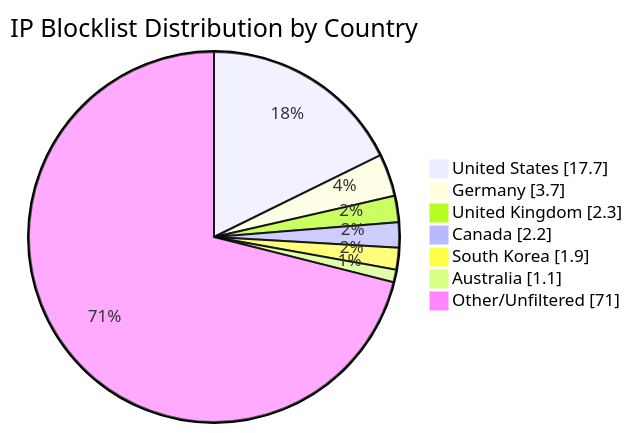
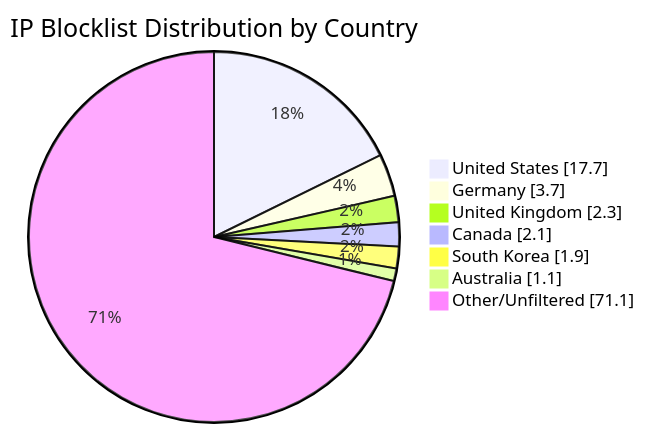
Before and after one commit to MarcusHoltz/ipblocklist-geofiltered-aggregator: the diagram in README.md, drawn with Mermaid. The commit also changed other lines of this file and 9 other files, not shown here.

````diff
--- a/README.md
+++ b/README.md
@@ -34,10 +34,10 @@
 ```mermaid
 pie showData title IP Blocklist Distribution by Country
 "United States" : 17.7
 "Germany" : 3.7
 "United Kingdom" : 2.3
-"Canada" : 2.2
+"Canada" : 2.1
 "South Korea" : 1.9
 "Australia" : 1.1
-"Other/Unfiltered" : 71.0
+"Other/Unfiltered" : 71.1
 ```
````
